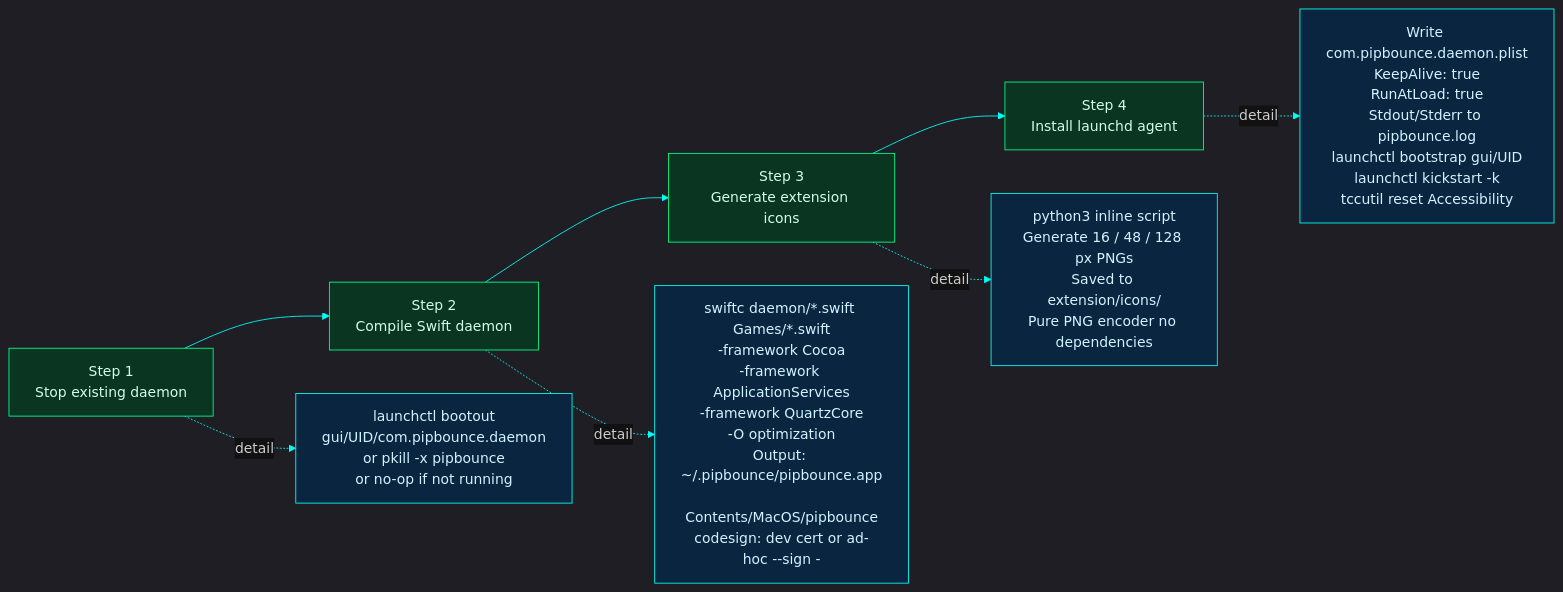
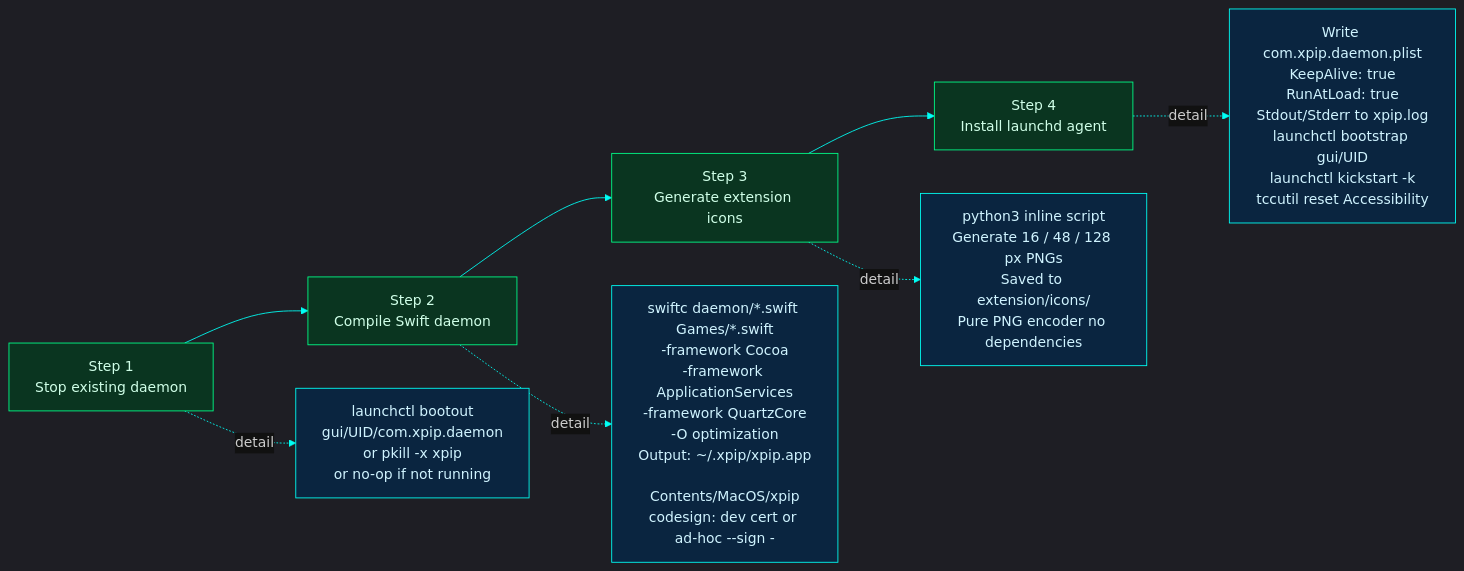
Before and after one commit to colours93/pipbounce: the third of 7 diagrams in docs/ARCHITECTURE.md, drawn with Mermaid. The commit also changed other lines of this file and 21 other files, not shown here.

Commit message:
Rebrand pipbounce to xpip across daemon, extension, docs, and tooling

````diff
--- a/docs/ARCHITECTURE.md
+++ b/docs/ARCHITECTURE.md
@@ -246,25 +246,25 @@
 ```mermaid
 %%{init: {'theme': 'dark', 'themeVariables': {'primaryColor': '#0a3520', 'primaryTextColor': '#00ff88', 'primaryBorderColor': '#00ff88', 'lineColor': '#00fff5', 'secondaryColor': '#0a2540', 'tertiaryColor': '#1a0a3e', 'edgeLabelBackground': '#111', 'clusterBkg': '#0d0d14', 'clusterBorder': '#2a2a3a', 'titleColor': '#fafafa', 'nodeTextColor': '#fafafa'}}}%%
 flowchart LR
     classDef step fill:#0a3520,stroke:#00ff88,color:#d0ffe8
     classDef detail fill:#0a2540,stroke:#00fff5,color:#d0f4ff
 
     S1["Step 1\nStop existing daemon"]
     S2["Step 2\nCompile Swift daemon"]
     S3["Step 3\nGenerate extension icons"]
     S4["Step 4\nInstall launchd agent"]
 
-    D1["launchctl bootout\ngui/UID/com.pipbounce.daemon\nor pkill -x pipbounce\nor no-op if not running"]
-    D2["swiftc daemon/*.swift Games/*.swift\n-framework Cocoa\n-framework ApplicationServices\n-framework QuartzCore\n-O optimization\nOutput: ~/.pipbounce/pipbounce.app\n          Contents/MacOS/pipbounce\ncodesign: dev cert or ad-hoc --sign -"]
+    D1["launchctl bootout\ngui/UID/com.xpip.daemon\nor pkill -x xpip\nor no-op if not running"]
+    D2["swiftc daemon/*.swift Games/*.swift\n-framework Cocoa\n-framework ApplicationServices\n-framework QuartzCore\n-O optimization\nOutput: ~/.xpip/xpip.app\n          Contents/MacOS/xpip\ncodesign: dev cert or ad-hoc --sign -"]
     D3["python3 inline script\nGenerate 16 / 48 / 128 px PNGs\nSaved to extension/icons/\nPure PNG encoder no dependencies"]
-    D4["Write com.pipbounce.daemon.plist\nKeepAlive: true\nRunAtLoad: true\nStdout/Stderr to pipbounce.log\nlaunchctl bootstrap gui/UID\nlaunchctl kickstart -k\ntccutil reset Accessibility"]
+    D4["Write com.xpip.daemon.plist\nKeepAlive: true\nRunAtLoad: true\nStdout/Stderr to xpip.log\nlaunchctl bootstrap gui/UID\nlaunchctl kickstart -k\ntccutil reset Accessibility"]
 
     S1 --> S2 --> S3 --> S4
     S1 -. detail .-> D1
     S2 -. detail .-> D2
     S3 -. detail .-> D3
     S4 -. detail .-> D4
 
     class S1,S2,S3,S4 step
     class D1,D2,D3,D4 detail
 ```
````
